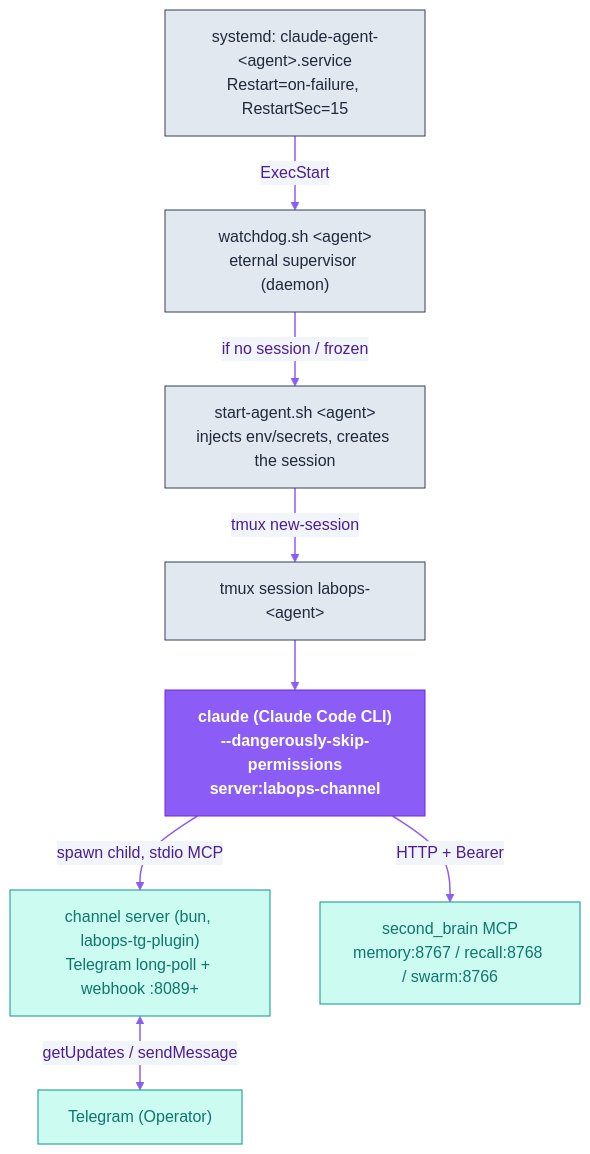
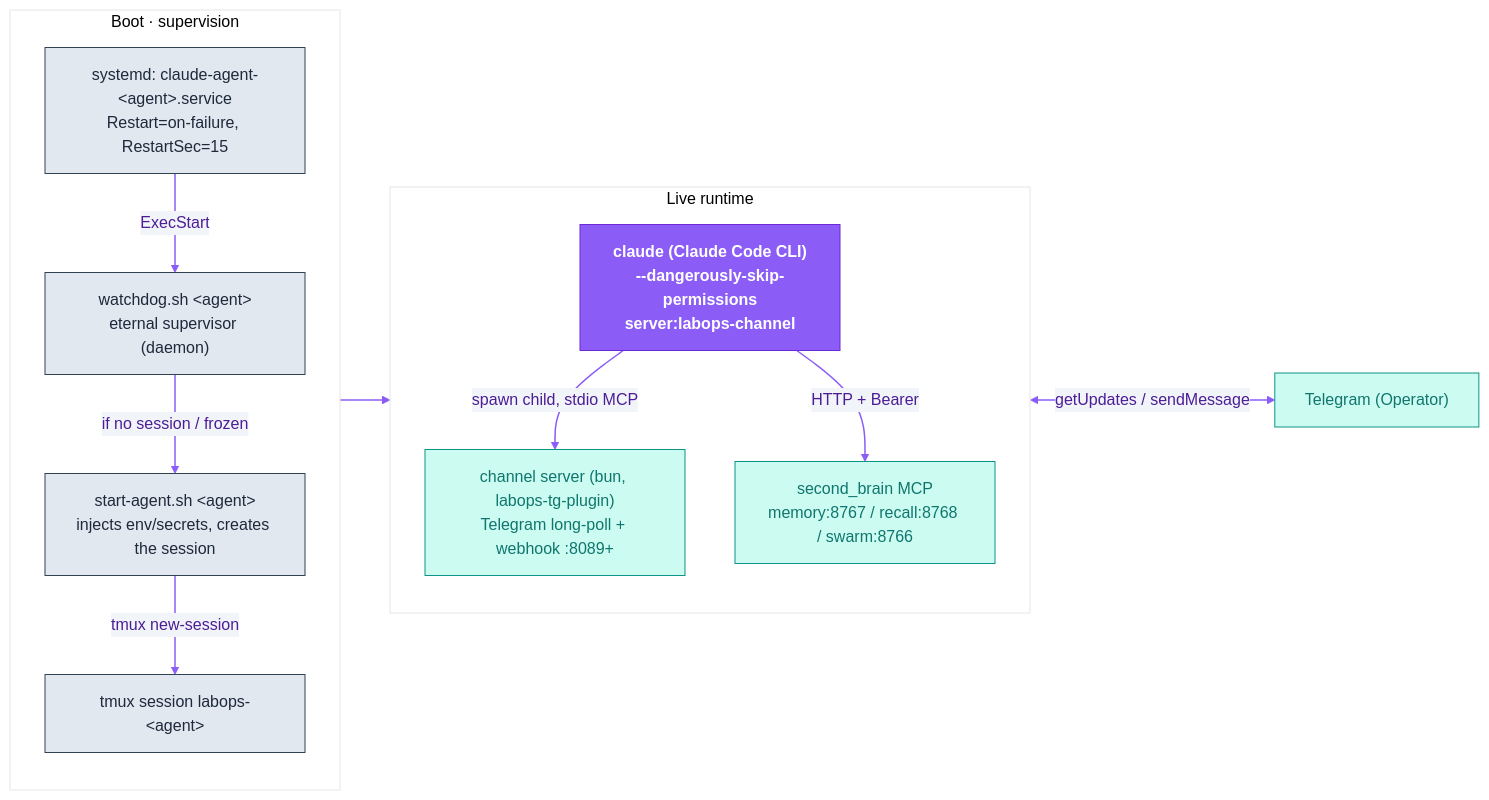
Before and after one commit to dediukhinpa/labops-agent-architecture: the second of 4 diagrams in README.md, drawn with Mermaid. The commit also changed other lines of this file and 4 other files, not shown here.

````diff
--- a/README.md
+++ b/README.md
@@ -137,27 +138,32 @@
 ```mermaid
 %%{init: {'theme':'base','themeVariables':{'primaryColor':'#EDE9FE','primaryTextColor':'#4C1D95','primaryBorderColor':'#8B5CF6','lineColor':'#8B5CF6','secondaryColor':'#F1F5F9','tertiaryColor':'#ffffff','fontFamily':'Helvetica,Arial,sans-serif'}}}%%
-flowchart TD
-  SD["systemd: claude-agent-&lt;agent&gt;.service<br/>Restart=on-failure, RestartSec=15"]
-  WD["watchdog.sh &lt;agent&gt;<br/>eternal supervisor (daemon)"]
-  SA["start-agent.sh &lt;agent&gt;<br/>injects env/secrets, creates the session"]
-  TM["tmux session labops-&lt;agent&gt;"]
-  CC["claude (Claude Code CLI)<br/>--dangerously-skip-permissions<br/>server:labops-channel"]
-  BUN["channel server (bun, labops-tg-plugin)<br/>Telegram long-poll + webhook :8089+"]
-  SB["second_brain MCP<br/>memory:8767 / recall:8768 / swarm:8766"]
-
-  SD -->|ExecStart| WD
-  WD -->|if no session / frozen| SA
-  SA -->|tmux new-session| TM
+flowchart LR
+  subgraph boot["Boot · supervision"]
+    direction TB
+    SD["systemd: claude-agent-&lt;agent&gt;.service<br/>Restart=on-failure, RestartSec=15"]
+    WD["watchdog.sh &lt;agent&gt;<br/>eternal supervisor (daemon)"]
+    SA["start-agent.sh &lt;agent&gt;<br/>injects env/secrets, creates the session"]
+    TM["tmux session labops-&lt;agent&gt;"]
+    SD -->|ExecStart| WD
+    WD -->|if no session / frozen| SA
+    SA -->|tmux new-session| TM
+  end
+  subgraph live["Live runtime"]
+    direction TB
+    CC["claude (Claude Code CLI)<br/>--dangerously-skip-permissions<br/>server:labops-channel"]
+    BUN["channel server (bun, labops-tg-plugin)<br/>Telegram long-poll + webhook :8089+"]
+    SB["second_brain MCP<br/>memory:8767 / recall:8768 / swarm:8766"]
+  end
   TM --> CC
   CC -->|spawn child, stdio MCP| BUN
   CC -->|HTTP + Bearer| SB
   BUN <-->|getUpdates / sendMessage| TG["Telegram (Operator)"]
   classDef brand fill:#8B5CF6,stroke:#6D28D9,color:#ffffff,font-weight:bold
   classDef ext fill:#CCFBF1,stroke:#0D9488,color:#0F766E
   classDef store fill:#FEF3C7,stroke:#D97706,color:#92400E
   classDef sys fill:#E2E8F0,stroke:#334155,color:#1E293B
   linkStyle default stroke:#8B5CF6,stroke-width:1.5px
   class CC brand
   class SD,WD,SA,TM sys
   class BUN,SB,TG ext
 ```
````
